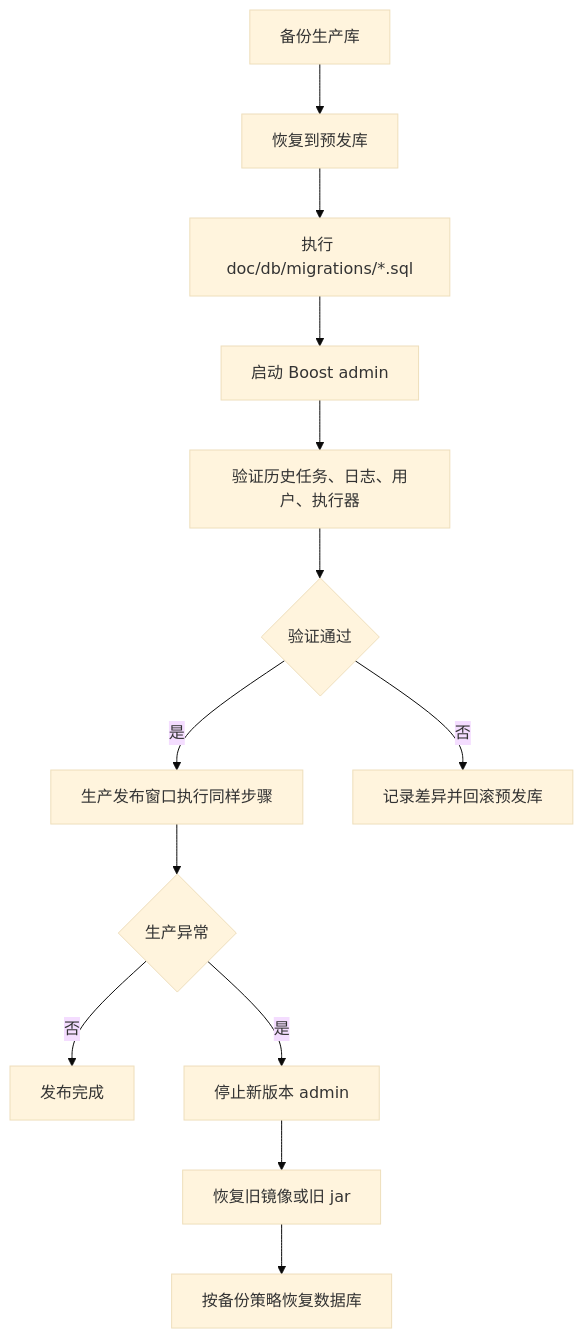
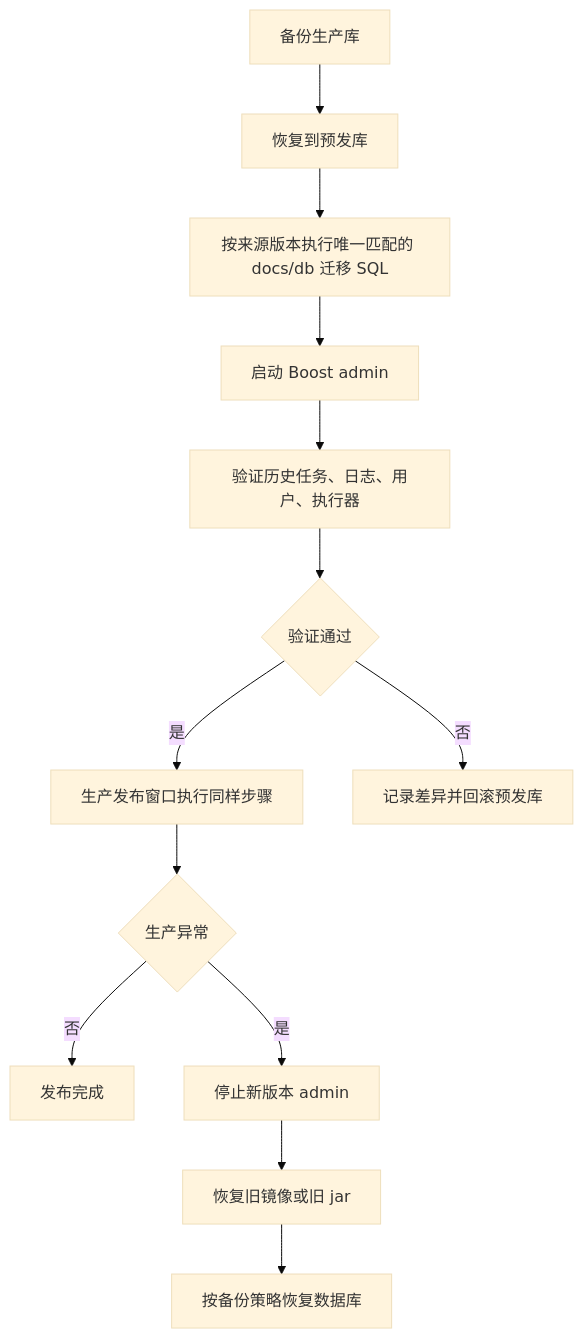
One commit to wuuJiawei/xxl-job-boost changed the seventh of 7 diagrams in docs/test-plan-1.0.0.md. Above: the diagram before and after it, drawn with Mermaid (base theme). The commit also changed other lines of this file and 55 other files, not shown here.

````diff
--- a/docs/test-plan-1.0.0.md
+++ b/docs/test-plan-1.0.0.md
@@ -304,15 +303,15 @@
 ```mermaid
 flowchart TD
     A["备份生产库"] --> B["恢复到预发库"]
-    B --> C["执行 doc/db/migrations/*.sql"]
+    B --> C["按来源版本执行唯一匹配的 docs/db 迁移 SQL"]
     C --> D["启动 Boost admin"]
     D --> E["验证历史任务、日志、用户、执行器"]
     E --> F{"验证通过"}
     F -- "是" --> G["生产发布窗口执行同样步骤"]
     F -- "否" --> H["记录差异并回滚预发库"]
     G --> I{"生产异常"}
     I -- "否" --> J["发布完成"]
     I -- "是" --> K["停止新版本 admin"]
     K --> L["恢复旧镜像或旧 jar"]
     L --> M["按备份策略恢复数据库"]
 ```
````
